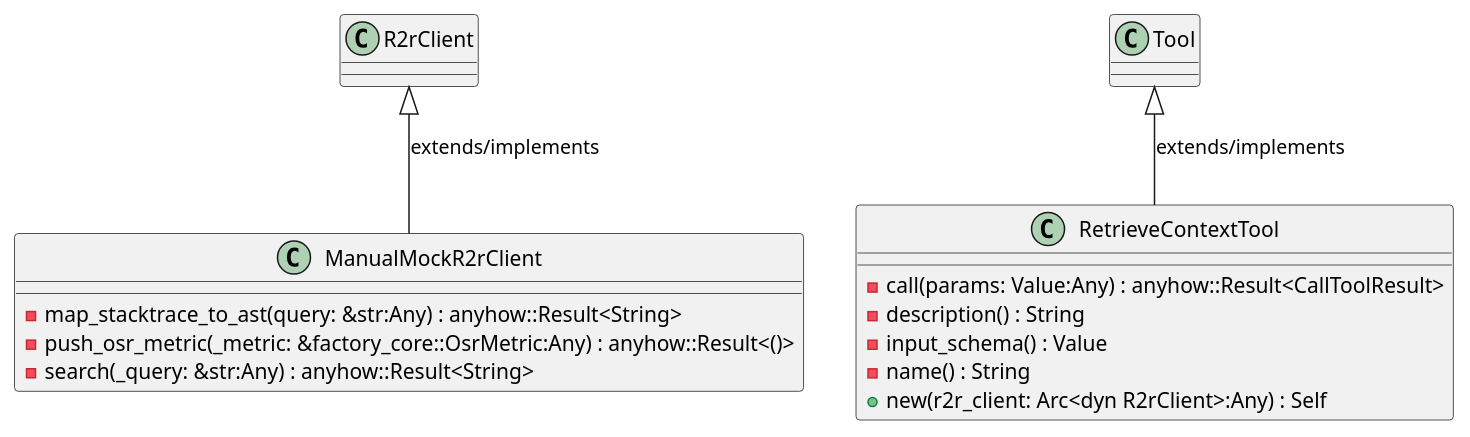
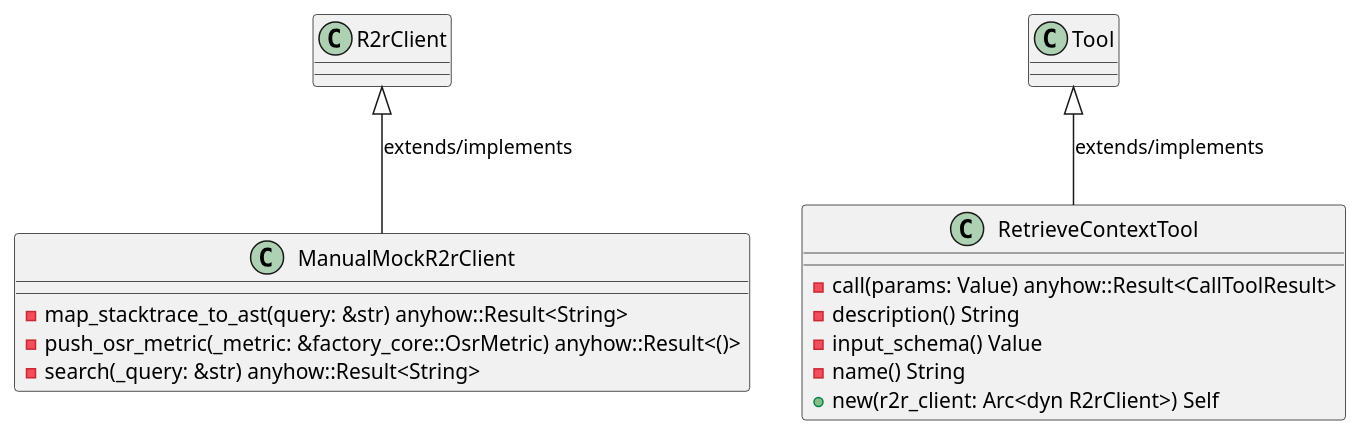
The first of 6 diagrams in openwiki/crates_factory_mcp_server_src_tools_retrieve_context.md (lgcorzo/rust_CACD_autonomous_factory), drawn with PlantUML before and after one commit. The commit also changed other lines of this file and 97 other files, not shown here.

First line of the commit message:
Fix Rust AST parsing for method and function parameters, and update OKF UML frontmatter

````diff
--- a/openwiki/crates_factory_mcp_server_src_tools_retrieve_context.md
+++ b/openwiki/crates_factory_mcp_server_src_tools_retrieve_context.md
@@ -97,19 +102,19 @@
 ```plantuml
 @startuml
 class ManualMockR2rClient {
-    -map_stacktrace_to_ast(query: &str:Any) : anyhow::Result<String>
-    -push_osr_metric(_metric: &factory_core::OsrMetric:Any) : anyhow::Result<()>
-    -search(_query: &str:Any) : anyhow::Result<String>
+    -map_stacktrace_to_ast(query: &str) anyhow::Result<String>
+    -push_osr_metric(_metric: &factory_core::OsrMetric) anyhow::Result<()>
+    -search(_query: &str) anyhow::Result<String>
 }
 R2rClient <|-- ManualMockR2rClient : extends/implements
 class RetrieveContextTool {
-    -call(params: Value:Any) : anyhow::Result<CallToolResult>
-    -description() : String
-    -input_schema() : Value
-    -name() : String
-    +new(r2r_client: Arc<dyn R2rClient>:Any) : Self
+    -call(params: Value) anyhow::Result<CallToolResult>
+    -description() String
+    -input_schema() Value
+    -name() String
+    +new(r2r_client: Arc<dyn R2rClient>) Self
 }
 Tool <|-- RetrieveContextTool : extends/implements
 @enduml
 
 ```
````
